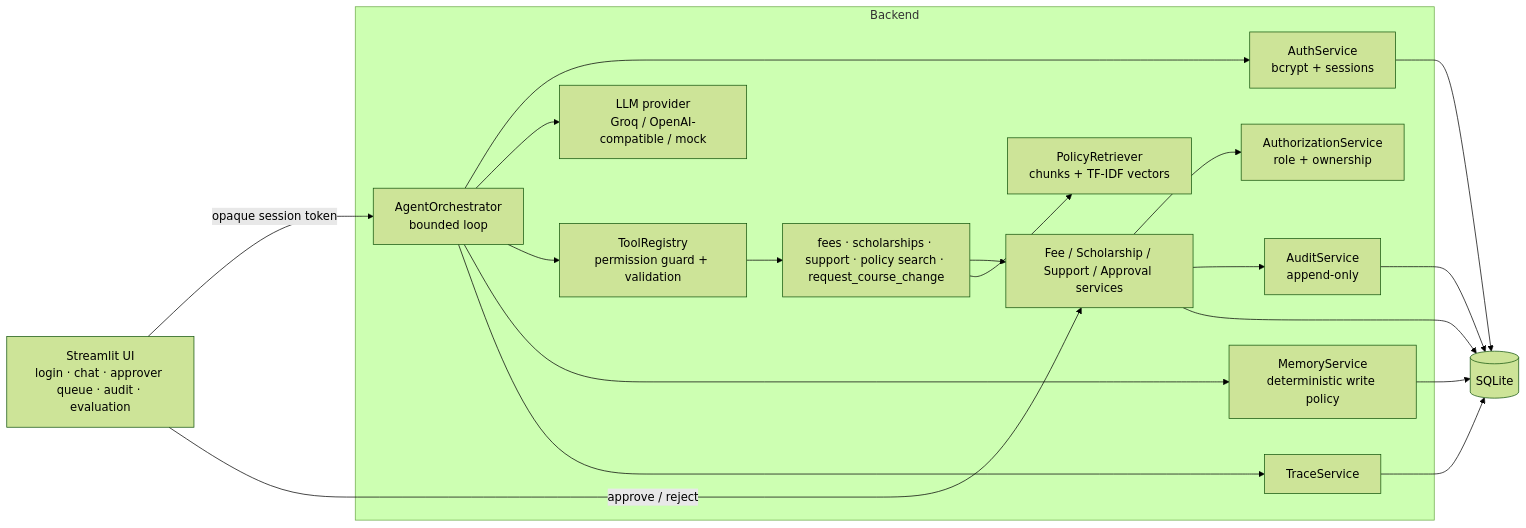
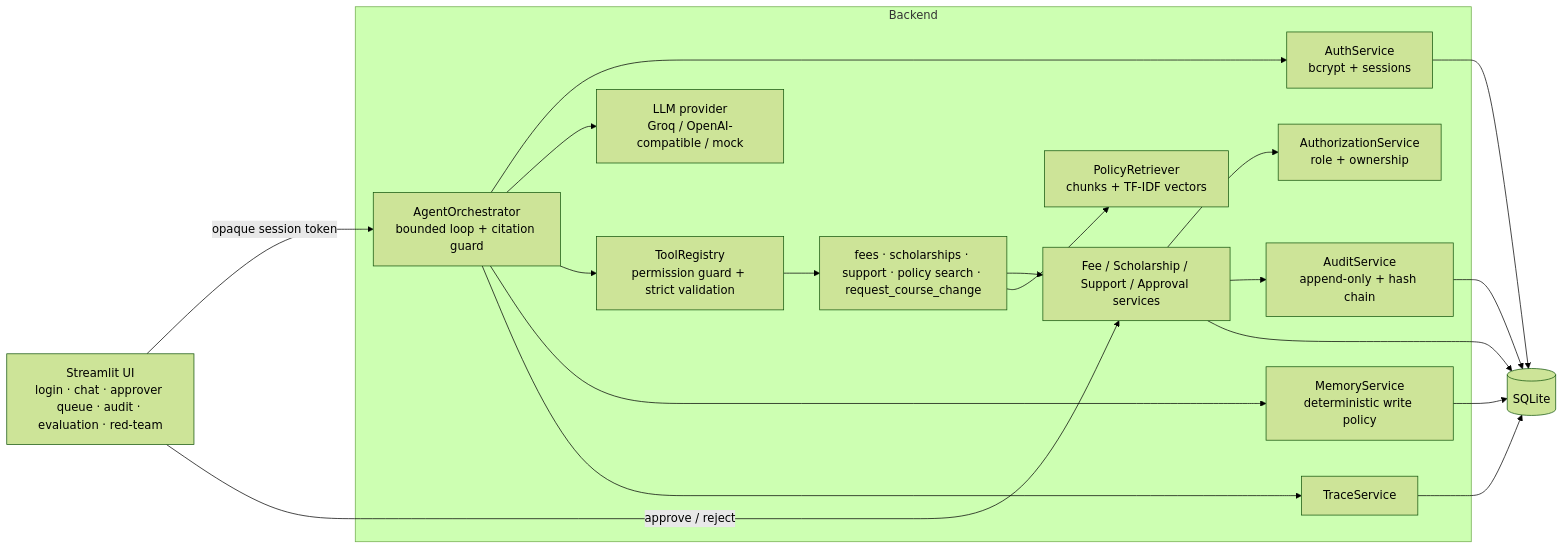
The first of 7 diagrams in README.md (karnaniharsh945/student-support-agent), drawn with Mermaid (forest theme) before and after one commit. The commit also changed other lines of this file and 30 other files, not shown here.

Commit message:
Differentiators: red-team lab, audit hash chain, risk advisor, citation guard, strict schemas; full README

````diff
--- a/README.md
+++ b/README.md
@@ -34,18 +169,18 @@
 ```mermaid
 flowchart LR
-  UI[Streamlit UI<br/>login · chat · approver queue · audit · evaluation] -->|opaque session token| ORCH
+  UI[Streamlit UI<br/>login · chat · approver queue · audit · evaluation · red-team] -->|opaque session token| ORCH
   subgraph Backend
-    ORCH[AgentOrchestrator<br/>bounded loop] --> AUTH[AuthService<br/>bcrypt + sessions]
+    ORCH[AgentOrchestrator<br/>bounded loop + citation guard] --> AUTH[AuthService<br/>bcrypt + sessions]
     ORCH --> LLM[LLM provider<br/>Groq / OpenAI-compatible / mock]
-    ORCH --> REG[ToolRegistry<br/>permission guard + validation]
+    ORCH --> REG[ToolRegistry<br/>permission guard + strict validation]
     ORCH --> MEM[MemoryService<br/>deterministic write policy]
     ORCH --> TRC[TraceService]
     REG --> TOOLS[fees · scholarships · support · policy search · request_course_change]
     TOOLS --> SVC[Fee / Scholarship / Support / Approval services]
     SVC --> AZ[AuthorizationService<br/>role + ownership]
-    SVC --> AUD[AuditService<br/>append-only]
+    SVC --> AUD[AuditService<br/>append-only + hash chain]
     TOOLS --> RET[PolicyRetriever<br/>chunks + TF-IDF vectors]
   end
   UI -->|approve / reject| SVC
   AUTH & SVC & MEM & TRC & AUD --> DB[(SQLite)]
 ```
````
